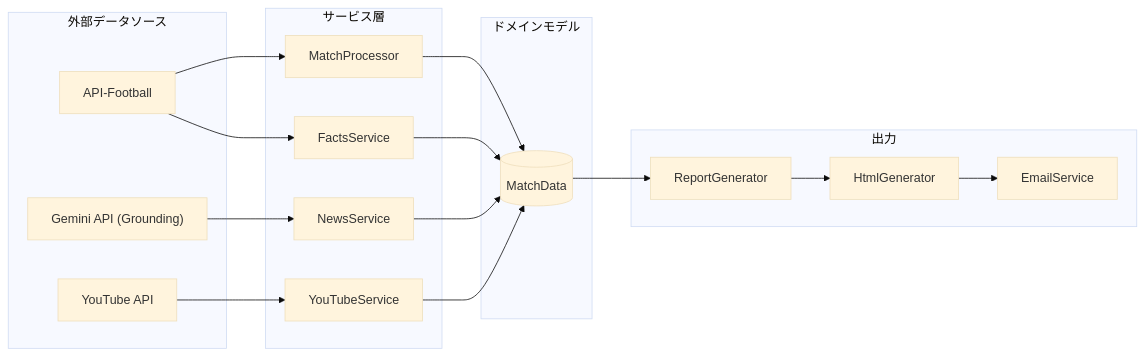
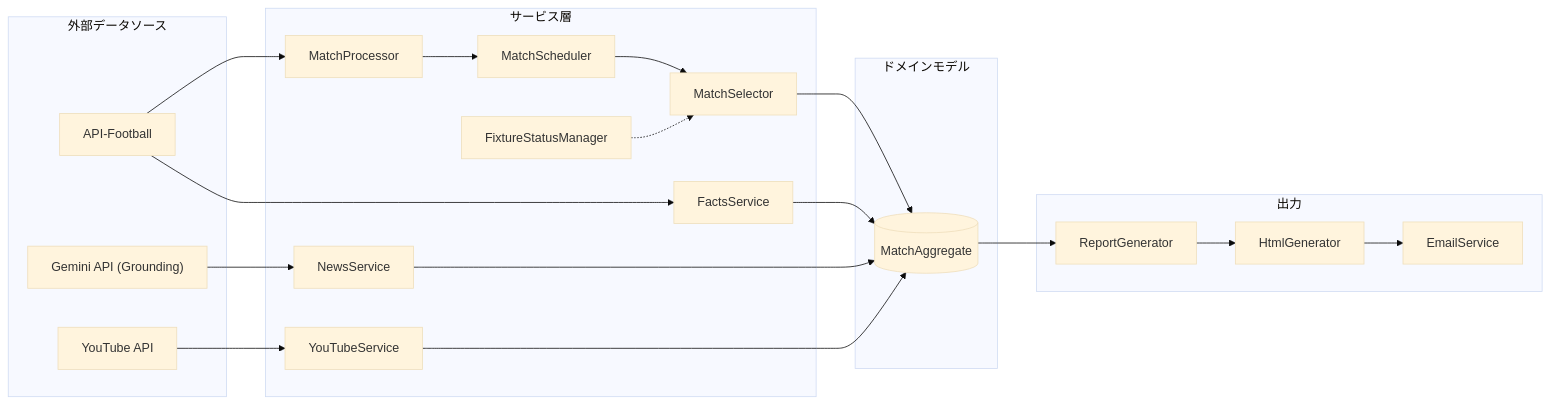
The second of 3 diagrams in docs/02_architecture/implementation_flow.md (igrekplus/football-delay-watching), drawn with Mermaid (base theme) before and after one commit. The commit also changed other lines of this file and 1 other file, not shown here.

Commit message:
Update architecture docs for workflow selection

````diff
--- a/docs/02_architecture/implementation_flow.md
+++ b/docs/02_architecture/implementation_flow.md
@@ -147,39 +165,45 @@
 ```mermaid
 flowchart LR
     subgraph Input["外部データソース"]
         API["API-Football"]
         LLM["Gemini API (Grounding)"]
         YT["YouTube API"]
     end
     
     subgraph Domain["ドメインモデル"]
-        MD[("MatchData")]
+        MD[("MatchAggregate")]
     end
     
     subgraph Services["サービス層"]
         MP["MatchProcessor"]
+        MS["MatchScheduler"]
+        SEL["MatchSelector"]
+        FSM["FixtureStatusManager"]
         FS["FactsService"]
         NS["NewsService"]
         YS["YouTubeService"]
     end
     
     subgraph Output["出力"]
         RG["ReportGenerator"]
         HG["HtmlGenerator"]
         ES["EmailService"]
     end
     
     API --> MP
     API --> FS
     LLM --> NS
     YT --> YS
     
-    MP --> MD
+    MP --> MS
+    MS --> SEL
+    FSM -.-> SEL
+    SEL --> MD
     FS --> MD
     NS --> MD
     YS --> MD
     
     MD --> RG
     RG --> HG
     HG --> ES
 ```
````
